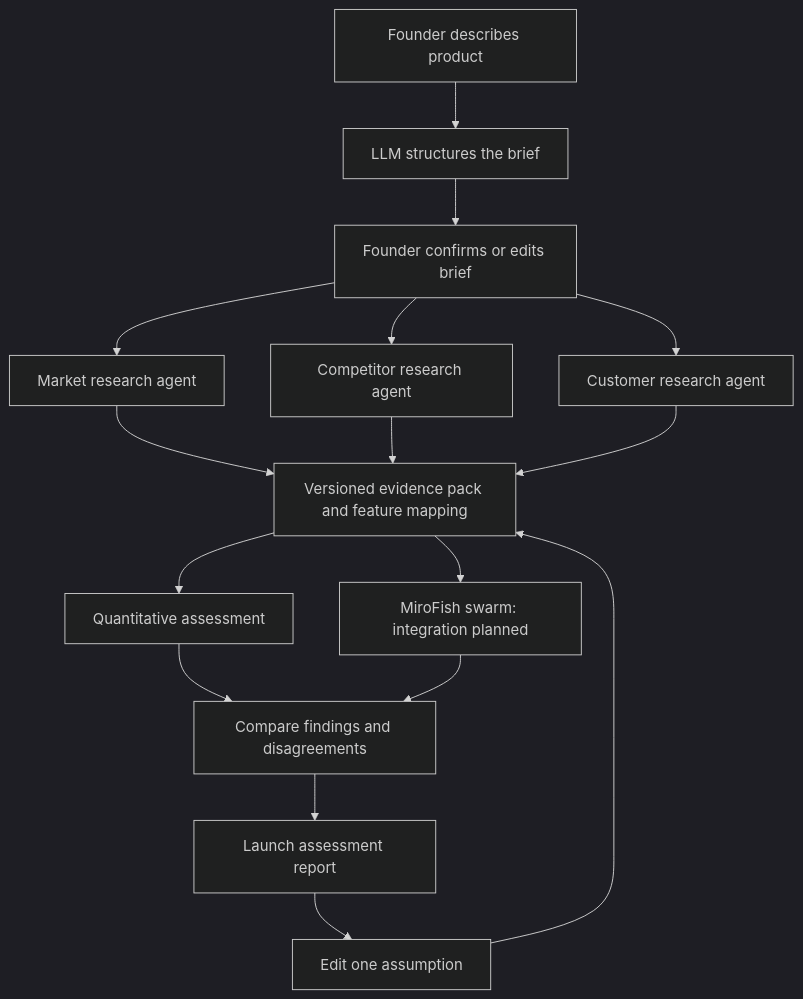
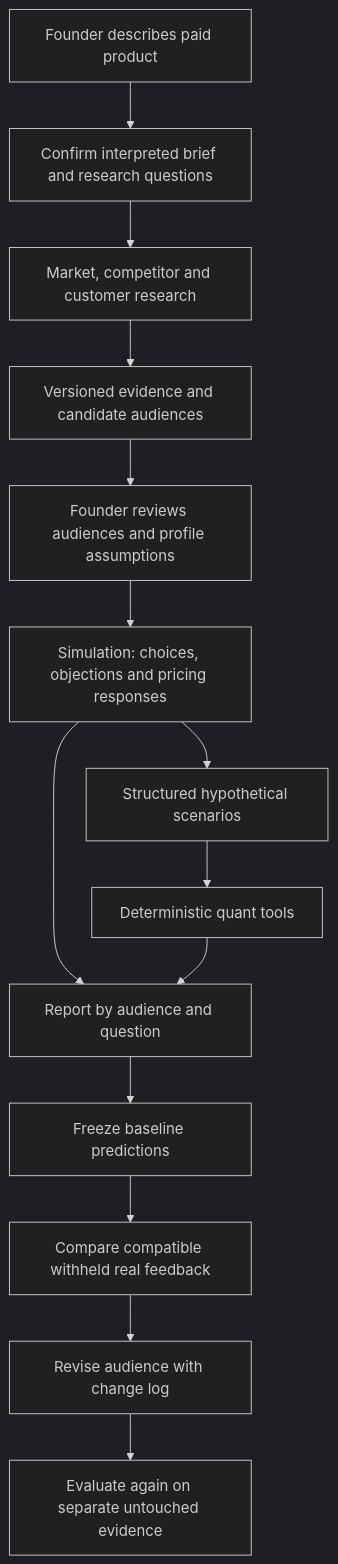
The diagram in product/BUILD.md (jason8-8/General-Learning-Hack), drawn with Mermaid (dark theme) before and after one commit. The commit also changed other lines of this file and 66 other files, not shown here.

Commit message:
Build Hindsight market demo with RAG explorer and local simulation lab

````diff
--- a/product/BUILD.md
+++ b/product/BUILD.md
@@ -23,18 +34,16 @@
 ```mermaid
 flowchart TD
-    A[Founder describes product] --> B[LLM structures the brief]
-    B --> C[Founder confirms or edits brief]
-    C --> M[Market research agent]
-    C --> K[Competitor research agent]
-    C --> U[Customer research agent]
-    M --> D[Versioned evidence pack and feature mapping]
-    K --> D
-    U --> D
-    D --> E[Quantitative assessment]
-    D --> F[MiroFish swarm: integration planned]
-    E --> G[Compare findings and disagreements]
-    F --> G
-    G --> H[Launch assessment report]
-    H --> I[Edit one assumption]
-    I --> D
+    A[Founder describes paid product] --> B[Confirm interpreted brief and research questions]
+    B --> C[Market, competitor and customer research]
+    C --> D[Versioned evidence and candidate audiences]
+    D --> E[Founder reviews audiences and profile assumptions]
+    E --> F[Simulation: choices, objections and pricing responses]
+    F --> G[Structured hypothetical scenarios]
+    G --> H[Deterministic quant tools]
+    F --> I[Report by audience and question]
+    H --> I
+    I --> J[Freeze baseline predictions]
+    J --> K[Compare compatible withheld real feedback]
+    K --> L[Revise audience with change log]
+    L --> N[Evaluate again on separate untouched evidence]
 ```
````
